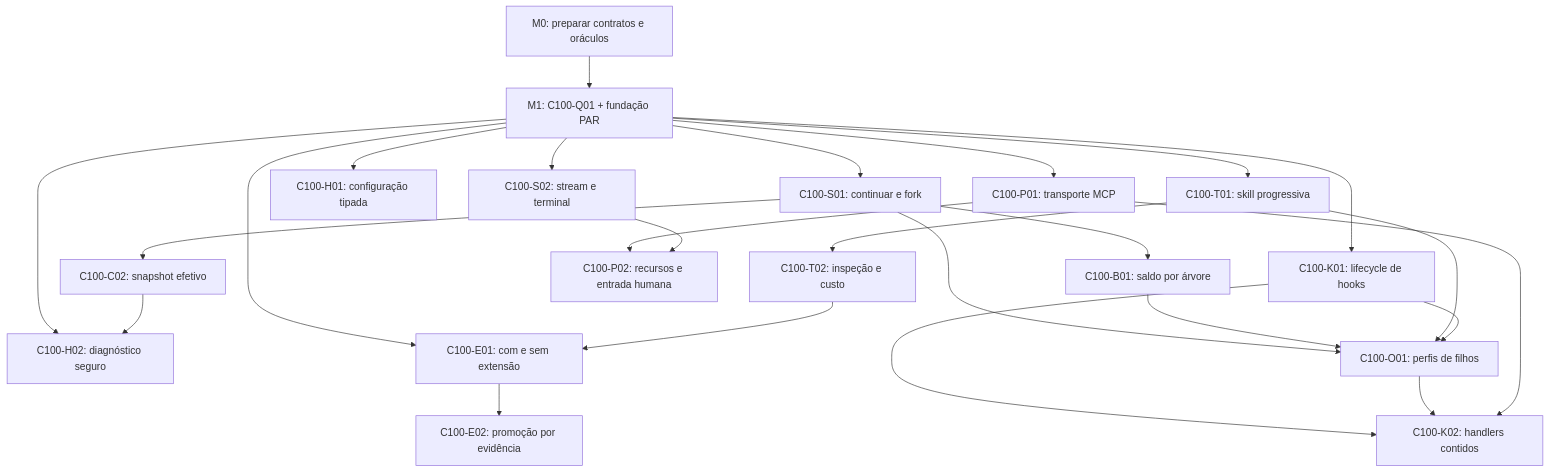
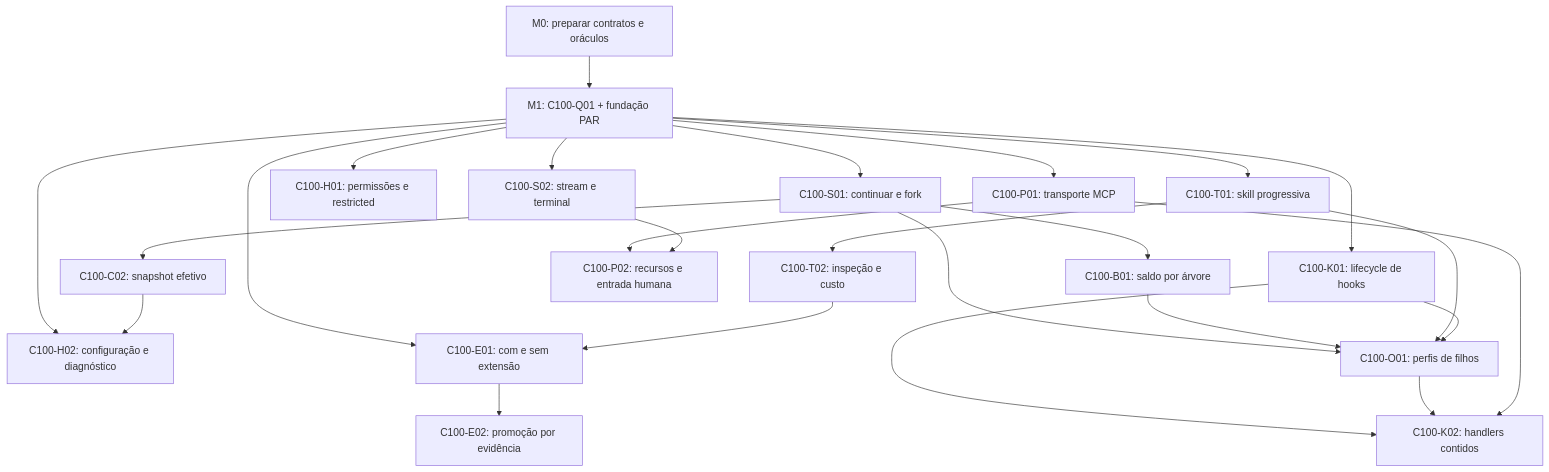
One commit to ricardoakinaga-dev/cvg-operational-harness changed the diagram in docs/03_build/0394_roadmap_melhorias_claude_rea.md. Above: the diagram before and after it, drawn with Mermaid. The commit also changed other lines of this file and 1219 other files, not shown here.

````diff
--- a/docs/03_build/0394_roadmap_melhorias_claude_rea.md
+++ b/docs/03_build/0394_roadmap_melhorias_claude_rea.md
@@ -27,27 +55,27 @@
 ```mermaid
 flowchart TD
   PREP["M0: preparar contratos e oráculos"] --> Q["M1: C100-Q01 + fundação PAR"]
   Q --> T1["C100-T01: skill progressiva"]
   T1 --> T2["C100-T02: inspeção e custo"]
   Q --> S1["C100-S01: continuar e fork"]
   S1 --> C2["C100-C02: snapshot efetivo"]
   S1 --> B1["C100-B01: saldo por árvore"]
-  Q --> H1["C100-H01: configuração tipada"]
-  Q --> H2["C100-H02: diagnóstico seguro"]
+  Q --> H1["C100-H01: permissões e restricted"]
+  Q --> H2["C100-H02: configuração e diagnóstico"]
   C2 --> H2
   Q --> S2["C100-S02: stream e terminal"]
   Q --> P1["C100-P01: transporte MCP"]
   P1 --> P2["C100-P02: recursos e entrada humana"]
   S2 --> P2
   Q --> K1["C100-K01: lifecycle de hooks"]
   S1 --> O1["C100-O01: perfis de filhos"]
   B1 --> O1
   T1 --> O1
   K1 --> O1
   K1 --> K2["C100-K02: handlers contidos"]
   O1 --> K2
   P1 --> K2
   Q --> E1["C100-E01: com e sem extensão"]
   T2 --> E1
   E1 --> E2["C100-E02: promoção por evidência"]
 ```
````
